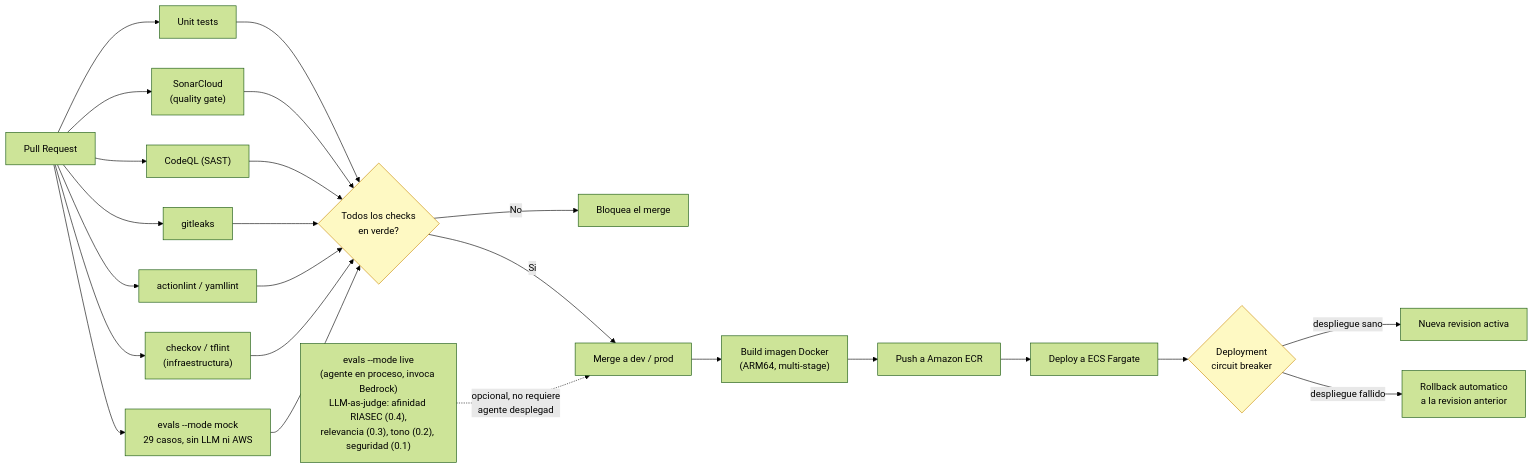
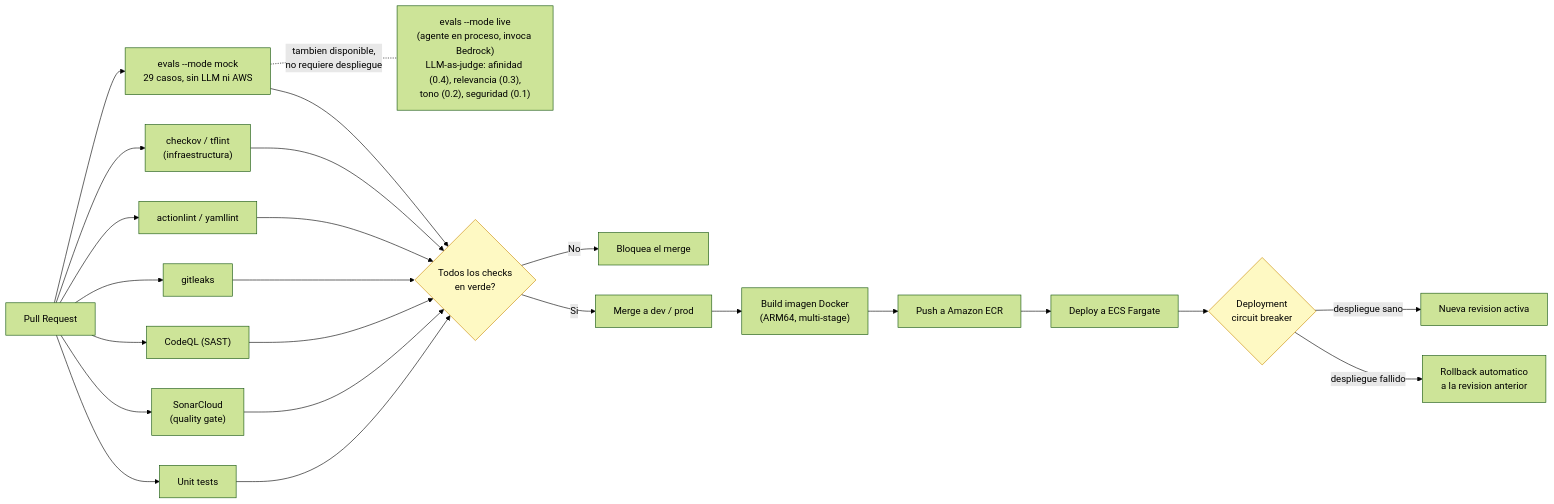
One commit to spark-match/spark-match-07-article changed the diagram in figures/mermaid/05-cicd-pipeline.mmd. Above: the diagram before and after it, drawn with Mermaid (forest theme). The commit also changed 3 other files, not shown here.

First line of the commit message:
docs(mermaid): restructure pipeline and CI/CD diagrams, add autocrop utility

```diff
--- a/figures/mermaid/05-cicd-pipeline.mmd
+++ b/figures/mermaid/05-cicd-pipeline.mmd
@@ -1,34 +1,33 @@
 %% Destino sugerido: Seccion 5 (Orquestacion y despliegue), subseccion
 %% "CI/CD con GitHub Actions" -- hoy esa subseccion solo tiene un listing YAML
 %% simplificado, no un diagrama del flujo real de calidad + despliegue.
 %% Tambien sirve de apoyo para la Seccion 6 (Monitoreo) al mostrar donde
 %% corren los evals automaticos.
 %% Nombre de archivo sugerido al renderizar: fig-cicd-pipeline.png
 %% Caption sugerido: "Pipeline de CI/CD: quality gates en cada pull request y
 %% despliegue a ECS Fargate con rollback automatico."
 %% Label sugerido: fig:cicd-pipeline
 
 flowchart LR
     PR["Pull Request"] --> TESTS["Unit tests"]
     PR --> SONAR["SonarCloud<br/>(quality gate)"]
     PR --> CODEQL["CodeQL (SAST)"]
     PR --> LEAKS["gitleaks"]
     PR --> LINT["actionlint / yamllint"]
     PR --> IAC["checkov / tflint<br/>(infraestructura)"]
     PR --> EVALS["evals --mode mock<br/>29 casos, sin LLM ni AWS"]
+    EVALS -.tambien disponible,<br/>no requiere despliegue.- EVALSLIVE["evals --mode live<br/>(agente en proceso, invoca Bedrock)<br/>LLM-as-judge: afinidad (0.4), relevancia (0.3),<br/>tono (0.2), seguridad (0.1)"]
 
     TESTS & SONAR & CODEQL & LEAKS & LINT & IAC & EVALS --> GATE{"Todos los checks<br/>en verde?"}
     GATE -- No --> BLOQUEA["Bloquea el merge"]
     GATE -- Si --> MERGE["Merge a dev / prod"]
 
     MERGE --> BUILD["Build imagen Docker<br/>(ARM64, multi-stage)"]
     BUILD --> PUSH["Push a Amazon ECR"]
     PUSH --> DEPLOY["Deploy a ECS Fargate"]
     DEPLOY --> BREAKER{"Deployment<br/>circuit breaker"}
     BREAKER -- "despliegue sano" --> LIVE["Nueva revision activa"]
     BREAKER -- "despliegue fallido" --> ROLLBACK["Rollback automatico<br/>a la revision anterior"]
 
-    EVALSLIVE["evals --mode live<br/>(agente en proceso, invoca Bedrock)<br/>LLM-as-judge: afinidad RIASEC (0.4),<br/>relevancia (0.3), tono (0.2), seguridad (0.1)"] -.opcional, no requiere<br/>agente desplegado.-> MERGE
-
     classDef gate fill:#fef9c3,stroke:#ca8a04
     class GATE,BREAKER gate
```
